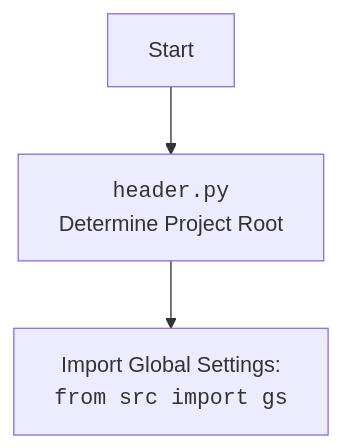
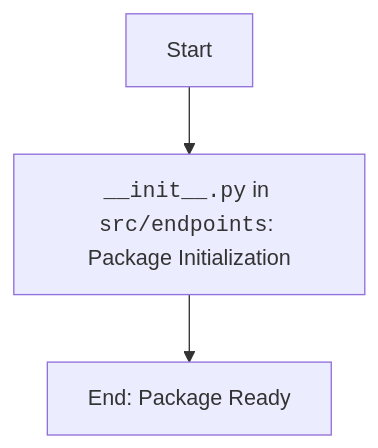
One commit to hypo69/hypo changed the diagram in docs/gemini/ru/explainer/src/endpoints/bookmaker/__init__.py.md. Above: the diagram before and after it, drawn with Mermaid. The commit also changed other lines of this file and 1505 other files, not shown here.

````diff
--- a/docs/gemini/ru/explainer/src/endpoints/bookmaker/__init__.py.md
+++ b/docs/gemini/ru/explainer/src/endpoints/bookmaker/__init__.py.md
@@ -22,6 +15,5 @@
 ```mermaid
 flowchart TD
-    Start --> Header[<code>header.py</code><br> Determine Project Root]
-    
-    Header --> import[Import Global Settings: <br><code>from src import gs</code>] 
+    Start[Start] --> Init[<code>__init__.py</code> in <code>src/endpoints</code>: <br>Package Initialization]
+    Init --> End[End: Package Ready]
 ```
````
